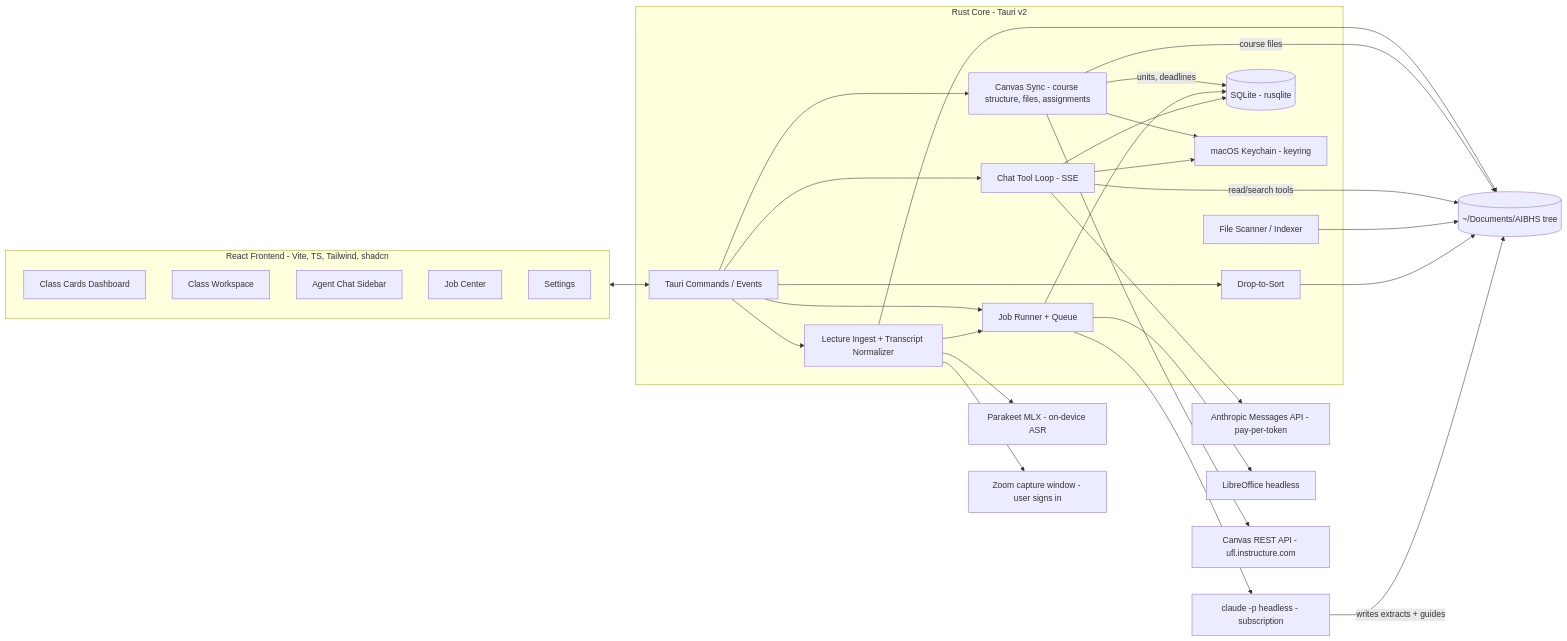
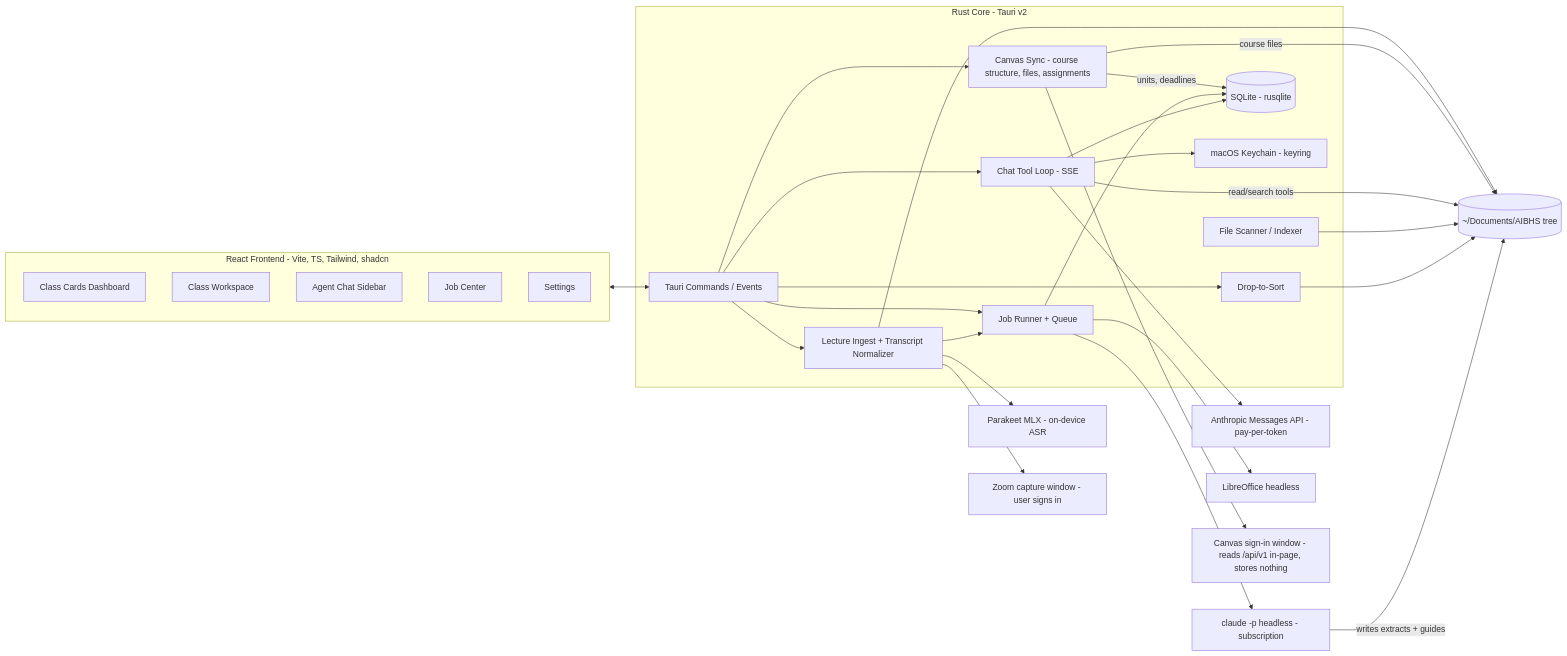
Before and after one commit to scalinity/ClassHub: the diagram in SPEC.md, drawn with Mermaid. The commit also changed other lines of this file and 20 other files, not shown here.

````diff
--- a/SPEC.md
+++ b/SPEC.md
@@ -121,53 +143,52 @@
 ```mermaid
 flowchart LR
     subgraph ui [React Frontend - Vite, TS, Tailwind, shadcn]
         Dashboard[Class Cards Dashboard]
         ClassView[Class Workspace]
         ChatSidebar[Agent Chat Sidebar]
         JobCenter[Job Center]
         Settings[Settings]
     end
     subgraph rust [Rust Core - Tauri v2]
         Cmds[Tauri Commands / Events]
         Jobs[Job Runner + Queue]
         ChatLoop[Chat Tool Loop - SSE]
         Sorter[Drop-to-Sort]
         Scanner[File Scanner / Indexer]
         Lectures[Lecture Ingest + Transcript Normalizer]
         Canvas[Canvas Sync - course structure, files, assignments]
         DB[(SQLite - rusqlite)]
         Keychain[macOS Keychain - keyring]
     end
     AIBHS[(~/Documents/AIBHS tree)]
     CLI[claude -p headless - subscription]
     API[Anthropic Messages API - pay-per-token]
     LO[LibreOffice headless]
     PK[Parakeet MLX - on-device ASR]
     ZM[Zoom capture window - user signs in]
-    CV[Canvas REST API - ufl.instructure.com]
+    CV[Canvas sign-in window - reads /api/v1 in-page, stores nothing]
 
     ui <--> Cmds
     Cmds --> Jobs
     Cmds --> ChatLoop
     Cmds --> Sorter
     Cmds --> Lectures
     Lectures --> PK
     Lectures --> ZM
     Lectures --> AIBHS
     Lectures --> Jobs
     Cmds --> Canvas
     Canvas --> CV
     Canvas -->|units, deadlines| DB
     Canvas -->|course files| AIBHS
-    Canvas --> Keychain
     Jobs --> CLI
     Jobs --> LO
     ChatLoop --> API
     ChatLoop -->|read/search tools| AIBHS
     Scanner --> AIBHS
     Sorter --> AIBHS
     CLI -->|writes extracts + guides| AIBHS
     Jobs --> DB
     ChatLoop --> DB
     ChatLoop --> Keychain
 ```
````
